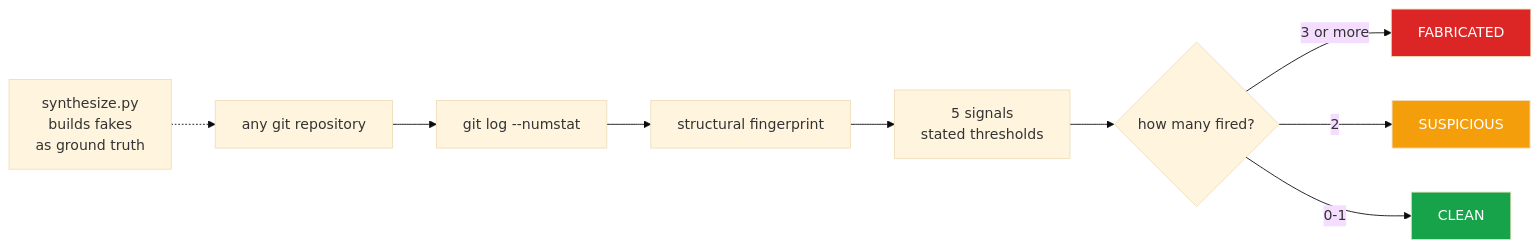
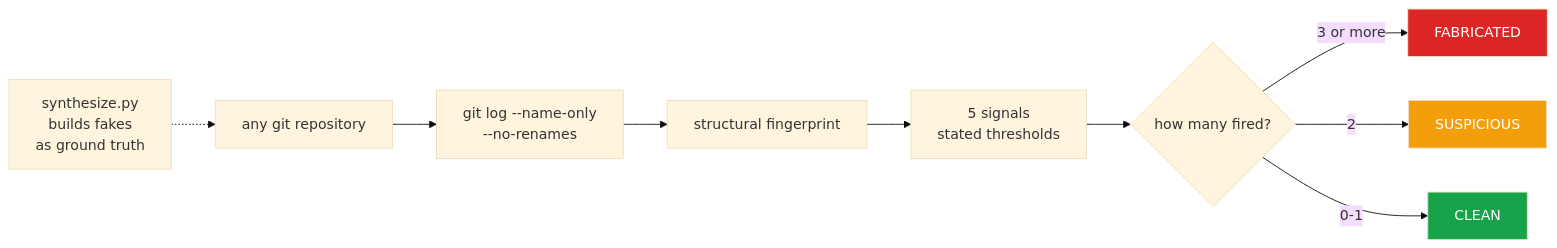
The diagram in README.md (hammasbuilds/commit-history-forensics), drawn with Mermaid (base theme) before and after one commit. The commit also changed other lines of this file and 10 other files, not shown here.

````diff
--- a/README.md
+++ b/README.md
@@ -80,15 +103,15 @@
 ```mermaid
 flowchart LR
-    A["any git repository"] --> B["git log --numstat"]
+    A["any git repository"] --> B["git log --name-only<br/>--no-renames"]
     B --> C["structural fingerprint"]
     C --> D["5 signals<br/>stated thresholds"]
     D --> E{"how many fired?"}
     E -->|"3 or more"| F["FABRICATED"]
     E -->|"2"| G["SUSPICIOUS"]
     E -->|"0-1"| H["CLEAN"]
     S["synthesize.py<br/>builds fakes<br/>as ground truth"] -.-> A
 
     style F fill:#dc2626,color:#fff
     style G fill:#f59e0b,color:#fff
     style H fill:#16a34a,color:#fff
 ```
````
